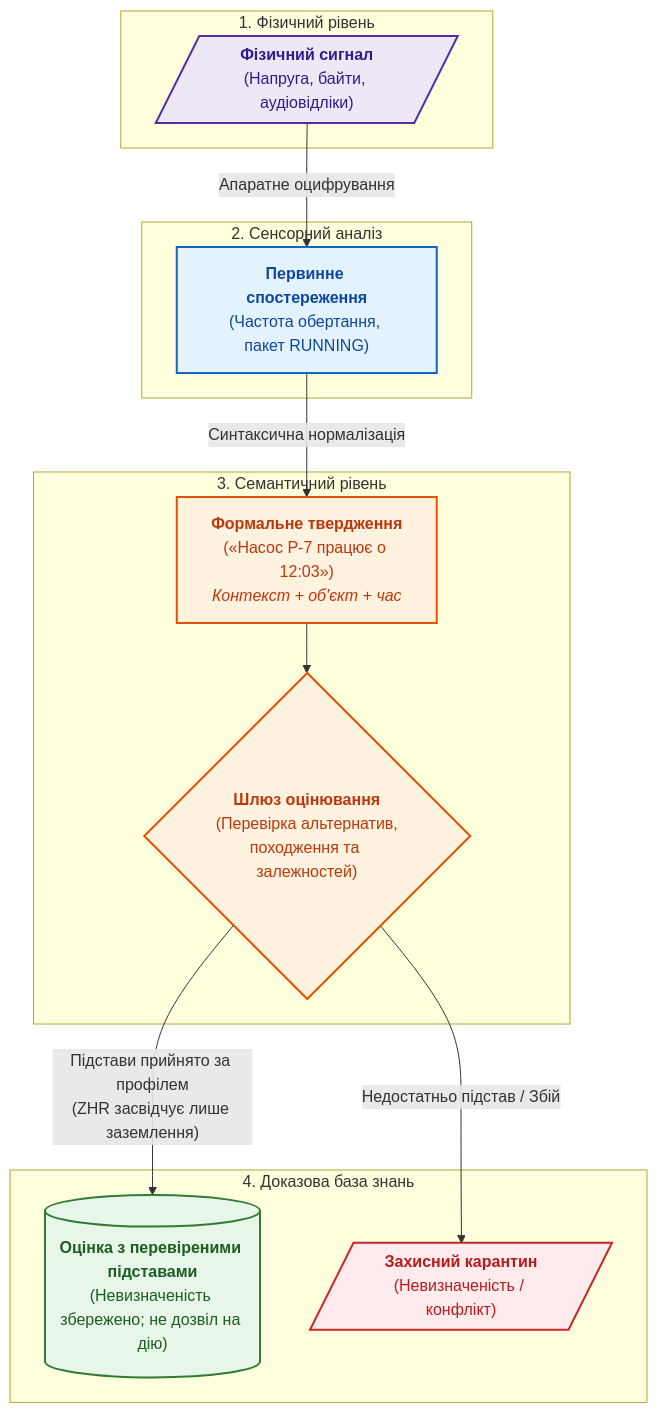
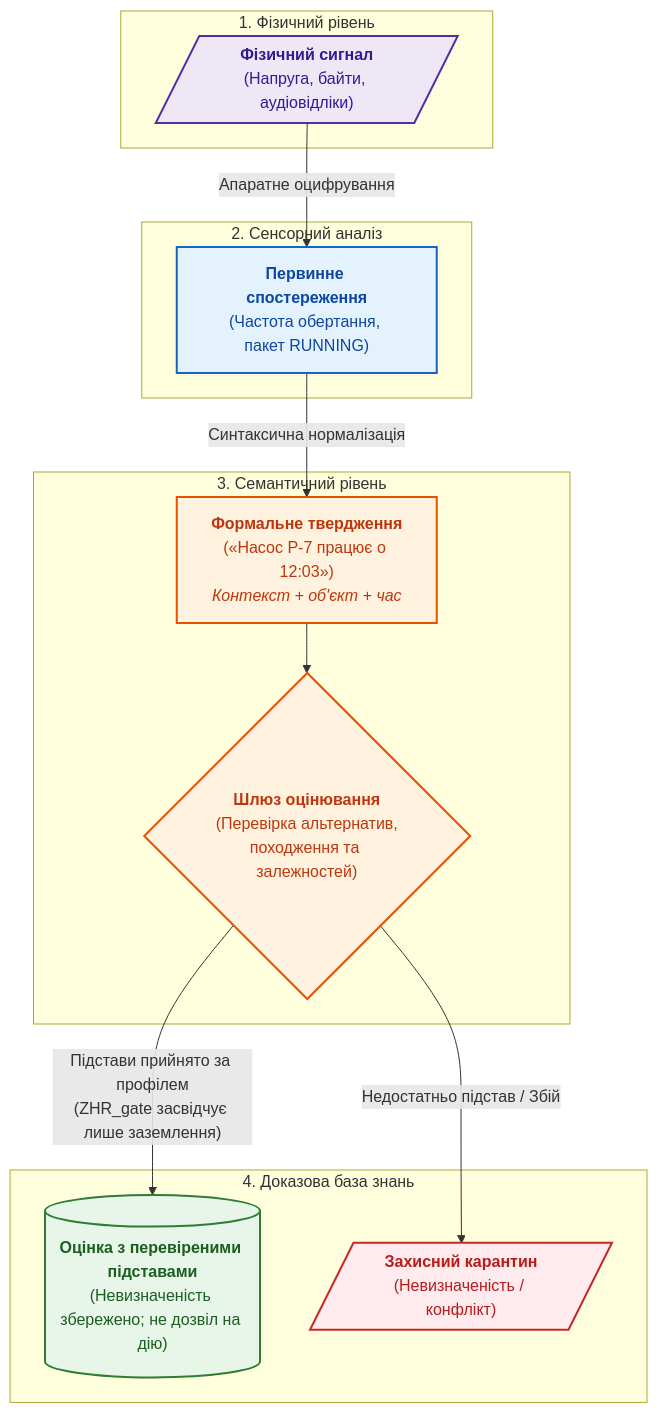
One commit to nick-fedchik/articles changed the first of 6 diagrams in ExpertSystem/ch37-input-information-assessment-and-algorithmic-skepticism.md. Above: the diagram before and after it, drawn with Mermaid. The commit also changed other lines of this file and 43 other files, not shown here.

````diff
--- a/ExpertSystem/ch37-input-information-assessment-and-algorithmic-skepticism.md
+++ b/ExpertSystem/ch37-input-information-assessment-and-algorithmic-skepticism.md
@@ -44,41 +44,41 @@
 ```mermaid
 flowchart TD
     accTitle: Онтологічна декомпозиція вхідної інформації
     accDescr: Чотирирівнева таксономія перетворення фізичного сигналу на оцінку з перевіреними підставами та явною невизначеністю; заземлення не є дозволом на дію.
 
     subgraph Physical["1. Фізичний рівень"]
         Sig[/"<b>Фізичний сигнал</b><br/>(Напруга, байти, аудіовідліки)"/]
     end
 
     subgraph Sensor["2. Сенсорний аналіз"]
         Obs["<b>Первинне спостереження</b><br/>(Частота обертання, пакет RUNNING)"]
     end
 
     subgraph Epistemic["3. Семантичний рівень"]
         Assert["<b>Формальне твердження</b><br/>(«Насос P-7 працює о 12:03»)<br/><i>Контекст + об'єкт + час</i>"]
         Assess{"<b>Шлюз оцінювання</b><br/>(Перевірка альтернатив,<br/>походження та залежностей)"}
     end
 
     subgraph Knowledge["4. Доказова база знань"]
         Fact[("<b>Оцінка з перевіреними підставами</b><br/>(Невизначеність збережено; не дозвіл на дію)")]
         Quarantine[/"<b>Захисний карантин</b><br/>(Невизначеність / конфлікт)"/]
     end
 
     Sig -->|"Апаратне оцифрування"| Obs
     Obs -->|"Синтаксична нормалізація"| Assert
     Assert --> Assess
-    Assess -->|"Підстави прийнято за профілем<br/>(ZHR засвідчує лише заземлення)"| Fact
+    Assess -->|"Підстави прийнято за профілем<br/>(ZHR_gate засвідчує лише заземлення)"| Fact
     Assess -->|"Недостатньо підстав / Збій"| Quarantine
 
     classDef physStyle fill:#ede7f6,stroke:#512da8,stroke-width:2px,color:#311b92;
     classDef sensStyle fill:#e3f2fd,stroke:#1565c0,stroke-width:2px,color:#0d47a1;
     classDef gateStyle fill:#fff3e0,stroke:#e65100,stroke-width:2px,color:#bf360c;
     classDef okStyle fill:#e8f5e9,stroke:#2e7d32,stroke-width:2px,color:#1b5e20;
     classDef warnStyle fill:#ffebee,stroke:#c62828,stroke-width:2px,color:#b71c1c;
 
     class Sig physStyle;
     class Obs sensStyle;
     class Assert,Assess gateStyle;
     class Fact okStyle;
     class Quarantine warnStyle;
 ```
````
